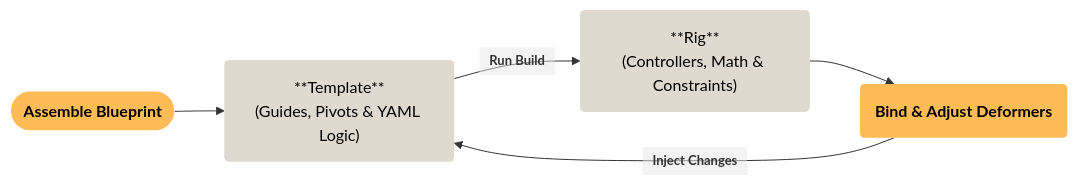
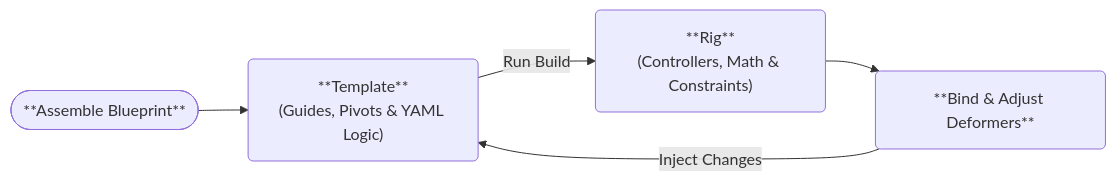
Before and after one commit to Citrus-Software/mikan-docs: the diagram in docs/about.md, drawn with Mermaid. The commit also changed 3 other files, not shown here.

Commit message:
chore: update mermaid style

````diff
--- a/docs/about.md
+++ b/docs/about.md
@@ -26,15 +26,12 @@
 ```mermaid
 flowchart LR
-    BP([Assemble Blueprint]):::bpNode
-    TPL("**Template**<br/>(Guides, Pivots & YAML Logic)"):::rigNode
-    RIG("**Rig**<br/>(Controllers, Math & Constraints)"):::rigNode
-    MAN("Bind & Adjust Deformers"):::bpNode
+    BP([**Assemble Blueprint**]):::rig
+    TPL("**Template**<br/>(Guides, Pivots & YAML Logic)")
+    RIG("**Rig**<br/>(Controllers, Math & Constraints)")
+    MAN("**Bind & Adjust Deformers**"):::rig
 
     BP --> TPL
-    TPL -->|"<div style='padding: 4px 10px; font-weight:bold;font-size:13px;'>Run Build</div>"| RIG
+    TPL -->|Run Build| RIG
     RIG --> MAN
-    MAN --> |"<div style='padding: 4px 10px; font-weight:bold;font-size:13px;'>Inject Changes</div>"| TPL
-
-    classDef bpNode fill:#fb5, color:#000, font-weight:bold, stroke:none
-    classDef rigNode fill:#dfd9d0, color:#000, stroke:none
+    MAN -->|Inject Changes| TPL
 ```
````
